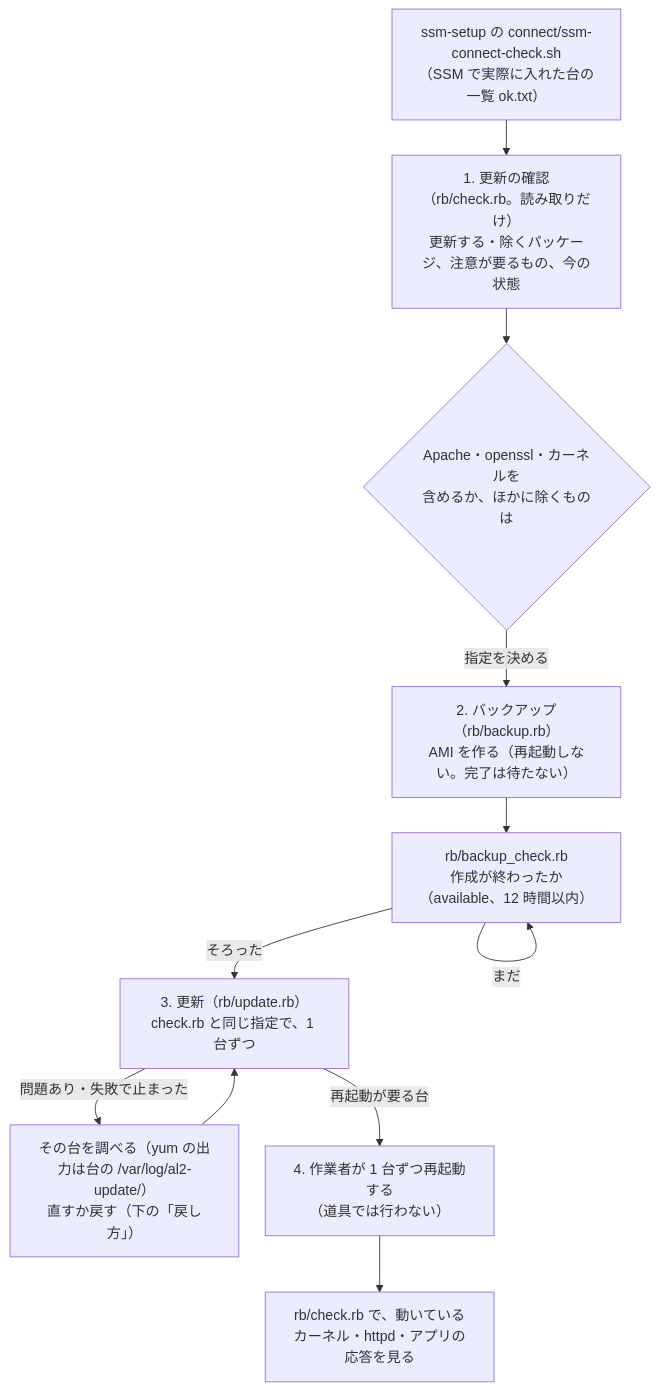
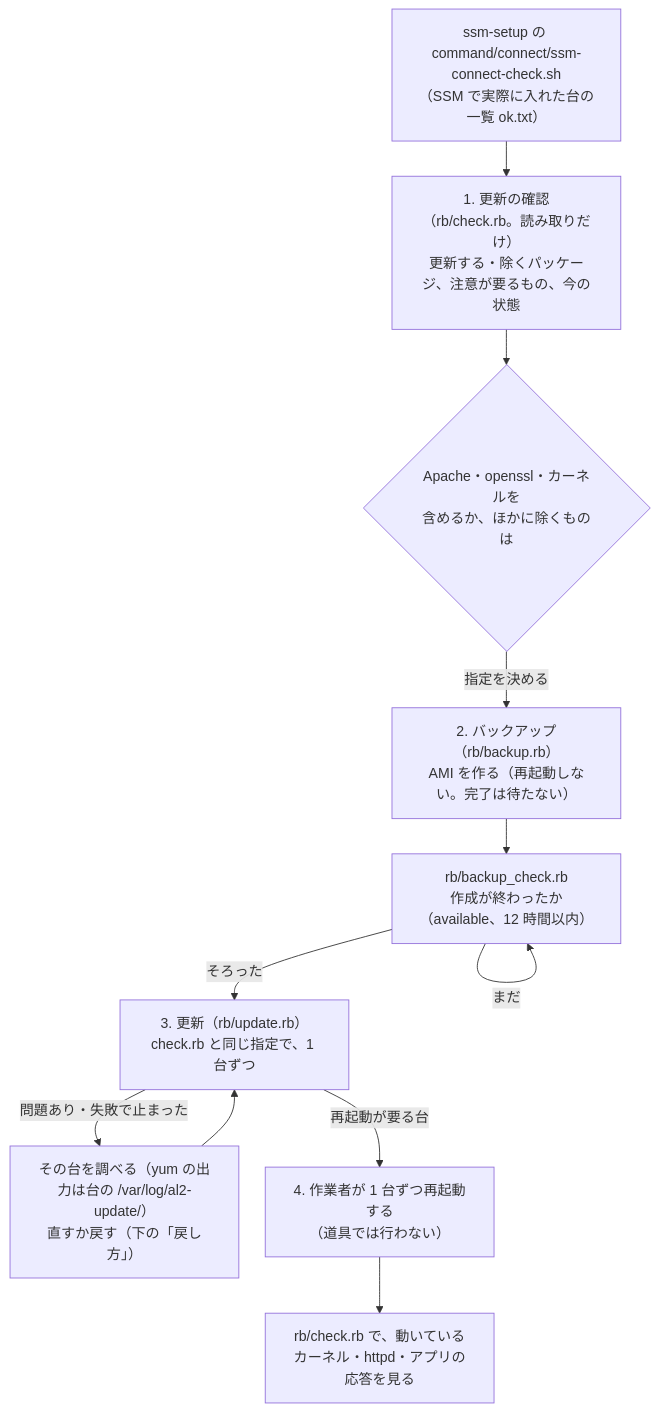
Before and after one commit to rxsxkxd/pk: the first of 2 diagrams in docs/ec2/al2-update/README.md, drawn with Mermaid. The commit also changed other lines of this file and 31 other files, not shown here.

````diff
--- a/docs/ec2/al2-update/README.md
+++ b/docs/ec2/al2-update/README.md
@@ -86,14 +86,14 @@
 ```mermaid
 %%{init: {"themeVariables": {"fontSize": "16px"}, "flowchart": {"nodeSpacing": 30, "rankSpacing": 40}}}%%
 flowchart TD
-    Ssm["ssm-setup の connect/ssm-connect-check.sh<br>（SSM で実際に入れた台の一覧 ok.txt）"] --> Check["1. 更新の確認（rb/check.rb。読み取りだけ）<br>更新する・除くパッケージ、注意が要るもの、今の状態"]
+    Ssm["ssm-setup の command/connect/ssm-connect-check.sh<br>（SSM で実際に入れた台の一覧 ok.txt）"] --> Check["1. 更新の確認（rb/check.rb。読み取りだけ）<br>更新する・除くパッケージ、注意が要るもの、今の状態"]
     Check --> Decide{"Apache・openssl・カーネルを<br>含めるか、ほかに除くものは"}
     Decide -->|指定を決める| Backup["2. バックアップ（rb/backup.rb）<br>AMI を作る（再起動しない。完了は待たない）"]
     Backup --> BackupCheck["rb/backup_check.rb<br>作成が終わったか（available、12 時間以内）"]
     BackupCheck -->|まだ| BackupCheck
     BackupCheck -->|そろった| Update["3. 更新（rb/update.rb）<br>check.rb と同じ指定で、1 台ずつ"]
     Update -->|問題あり・失敗で止まった| Investigate["その台を調べる（yum の出力は台の /var/log/al2-update/）<br>直すか戻す（下の「戻し方」）"]
     Investigate --> Update
     Update -->|再起動が要る台| Reboot["4. 作業者が 1 台ずつ再起動する<br>（道具では行わない）"]
     Reboot --> Recheck["rb/check.rb で、動いているカーネル・httpd・アプリの応答を見る"]
 ```
````
